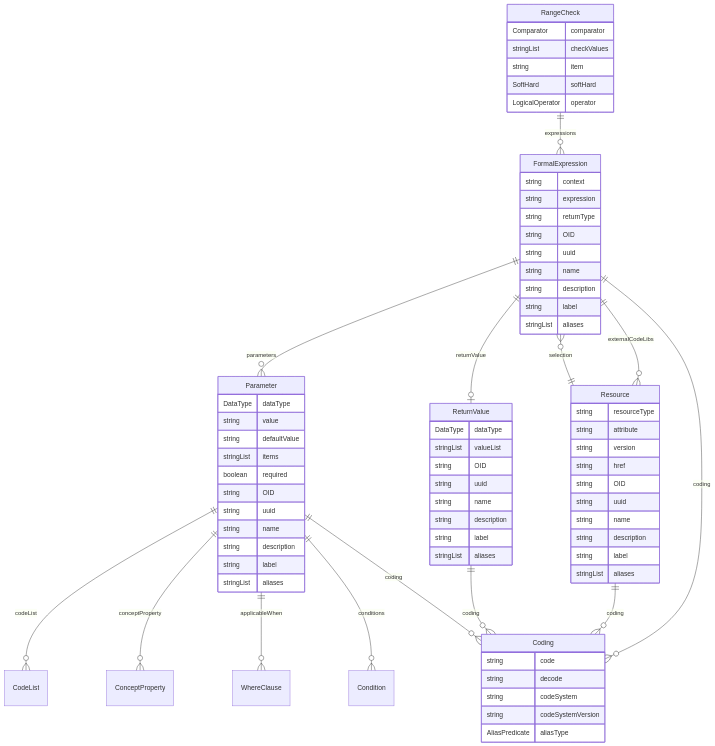
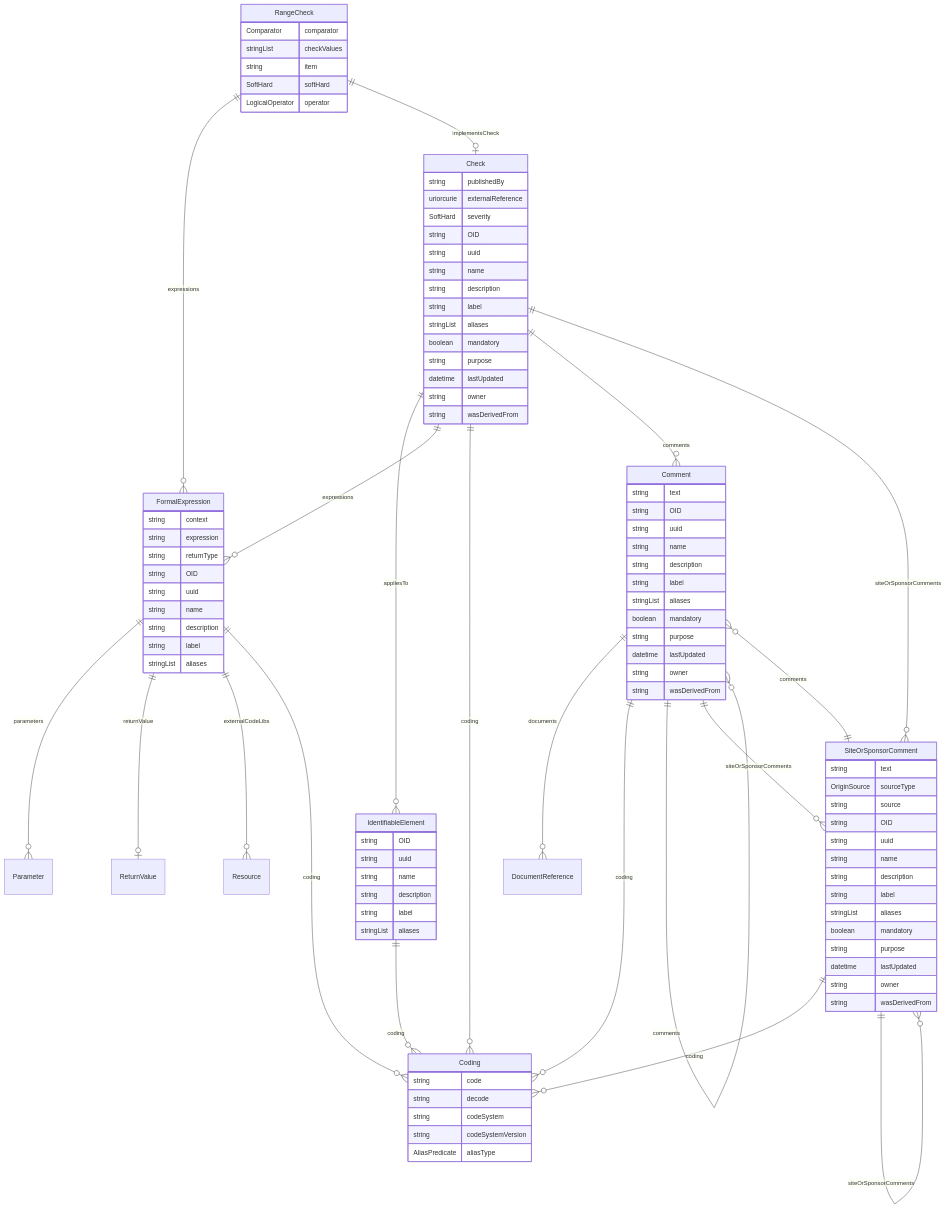
One commit to TeMeta/define-json changed the diagram in docs/classes/RangeCheck.md. Above: the diagram before and after it, drawn with Mermaid. The commit also changed other lines of this file and 350 other files, not shown here.

````diff
--- a/docs/classes/RangeCheck.md
+++ b/docs/classes/RangeCheck.md
@@ -20,6 +20,59 @@
     string item  
     SoftHard softHard  
     LogicalOperator operator  
+}
+Check {
+    string publishedBy  
+    uriorcurie externalReference  
+    SoftHard severity  
+    string OID  
+    string uuid  
+    string name  
+    string description  
+    string label  
+    stringList aliases  
+    boolean mandatory  
+    string purpose  
+    datetime lastUpdated  
+    string owner  
+    string wasDerivedFrom  
+}
+SiteOrSponsorComment {
+    string text  
+    OriginSource sourceType  
+    string source  
+    string OID  
+    string uuid  
+    string name  
+    string description  
+    string label  
+    stringList aliases  
+    boolean mandatory  
+    string purpose  
+    datetime lastUpdated  
+    string owner  
+    string wasDerivedFrom  
+}
+Comment {
+    string text  
+    string OID  
+    string uuid  
+    string name  
+    string description  
+    string label  
+    stringList aliases  
+    boolean mandatory  
+    string purpose  
+    datetime lastUpdated  
+    string owner  
+    string wasDerivedFrom  
+}
+Coding {
+    string code  
+    string decode  
+    string codeSystem  
+    string codeSystemVersion  
+    AliasPredicate aliasType  
 }
 FormalExpression {
     string context  
@@ -32,41 +85,7 @@
     string label  
     stringList aliases  
 }
-Coding {
-    string code  
-    string decode  
-    string codeSystem  
-    string codeSystemVersion  
-    AliasPredicate aliasType  
-}
-Resource {
-    string resourceType  
-    string attribute  
-    string version  
-    string href  
-    string OID  
-    string uuid  
-    string name  
-    string description  
-    string label  
-    stringList aliases  
-}
-ReturnValue {
-    DataType dataType  
-    stringList valueList  
-    string OID  
-    string uuid  
-    string name  
-    string description  
-    string label  
-    stringList aliases  
-}
-Parameter {
-    DataType dataType  
-    string value  
-    string defaultValue  
-    stringList items  
-    boolean required  
+IdentifiableElement {
     string OID  
     string uuid  
     string name  
@@ -76,17 +95,23 @@
 }
 
 RangeCheck ||--}o FormalExpression : "expressions"
+RangeCheck ||--|o Check : "implementsCheck"
+Check ||--}o IdentifiableElement : "appliesTo"
+Check ||--}o FormalExpression : "expressions"
+Check ||--}o Coding : "coding"
+Check ||--}o Comment : "comments"
+Check ||--}o SiteOrSponsorComment : "siteOrSponsorComments"
+SiteOrSponsorComment ||--}o Coding : "coding"
+SiteOrSponsorComment ||--}o Comment : "comments"
+SiteOrSponsorComment ||--}o SiteOrSponsorComment : "siteOrSponsorComments"
+Comment ||--}o DocumentReference : "documents"
+Comment ||--}o Coding : "coding"
+Comment ||--}o Comment : "comments"
+Comment ||--}o SiteOrSponsorComment : "siteOrSponsorComments"
 FormalExpression ||--}o Parameter : "parameters"
 FormalExpression ||--|o ReturnValue : "returnValue"
 FormalExpression ||--}o Resource : "externalCodeLibs"
 FormalExpression ||--}o Coding : "coding"
-Resource ||--}o FormalExpression : "selection"
-Resource ||--}o Coding : "coding"
-ReturnValue ||--}o Coding : "coding"
-Parameter ||--}o CodeList : "codeList"
-Parameter ||--}o ConceptProperty : "conceptProperty"
-Parameter ||--}o WhereClause : "applicableWhen"
-Parameter ||--}o Condition : "conditions"
-Parameter ||--}o Coding : "coding"
+IdentifiableElement ||--}o Coding : "coding"
 
 ```
````
